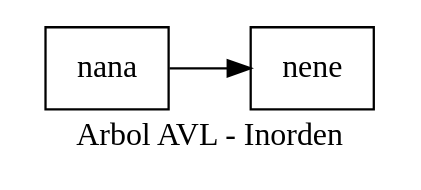
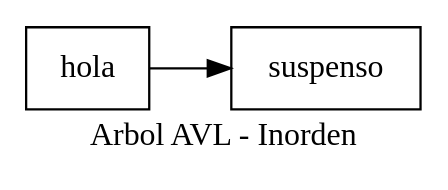
One commit to hr9457/EDD_1S2020_PY2_201314296 changed the diagram in EDD_Proyecto2/ArchivosDot/ArbolInorden.dot. Above: the diagram before and after it, drawn with Graphviz. The commit also changed 10 other files, not shown here.

```diff
--- a/EDD_Proyecto2/ArchivosDot/ArbolInorden.dot
+++ b/EDD_Proyecto2/ArchivosDot/ArbolInorden.dot
@@ -1,8 +1,8 @@
 digraph arbolinorden {
 node [shape = record];
 rankdir=LR;
-nodo0[label="nana"];
-nodo1[label="nene"];
+nodo0[label="hola"];
+nodo1[label="suspenso"];
 nodo0->nodo1;
 label = "Arbol AVL - Inorden "
 }
```
